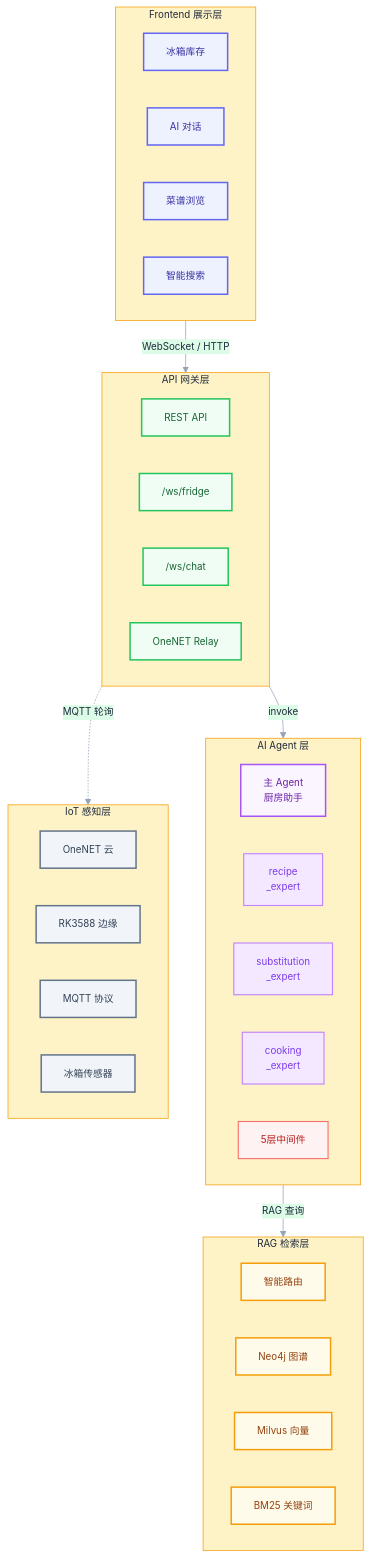
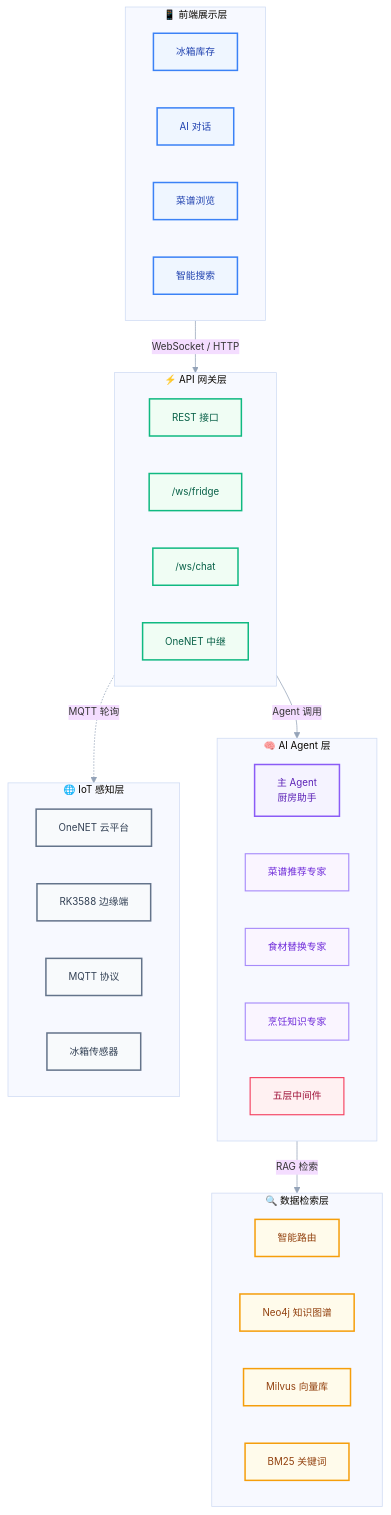
One commit to silver4444-xs/FridgeApp changed the first of 2 diagrams in README.md. Above: the diagram before and after it, drawn with Mermaid. The commit also changed other lines of this file, not shown here.

Commit message:
docs: refine Mermaid colors and use Chinese labels throughout

````diff
--- a/README.md
+++ b/README.md
@@ -84,62 +84,59 @@
 ```mermaid
 %%{init: {'theme': 'base', 'themeVariables': {
-  'primaryColor': '#e0e7ff', 'primaryTextColor': '#1e293b', 'primaryBorderColor': '#6366f1',
-  'secondaryColor': '#dcfce7', 'secondaryTextColor': '#1e293b', 'secondaryBorderColor': '#22c55e',
-  'tertiaryColor': '#fef3c7', 'tertiaryTextColor': '#1e293b', 'tertiaryBorderColor': '#f59e0b',
   'lineColor': '#94a3b8', 'fontFamily': 'system-ui, sans-serif', 'fontSize': '13px'
 }}}%%
 graph TB
-    subgraph FG["Frontend 展示层"]
+    subgraph FG["📱 前端展示层"]
         direction LR
         A1["冰箱库存"]:::frontend
         A2["AI 对话"]:::frontend
         A3["菜谱浏览"]:::frontend
         A4["智能搜索"]:::frontend
     end
 
-    subgraph BE["API 网关层"]
+    subgraph BE["⚡ API 网关层"]
         direction LR
-        B1["REST API"]:::backend
+        B1["REST 接口"]:::backend
         B2["/ws/fridge"]:::backend
         B3["/ws/chat"]:::backend
-        B4["OneNET Relay"]:::backend
+        B4["OneNET 中继"]:::backend
     end
 
-    subgraph AI["AI Agent 层"]
+    subgraph AI["🧠 AI Agent 层"]
         direction LR
         C1["主 Agent<br/>厨房助手"]:::agent
-        C2["recipe<br/>_expert"]:::subagent
-        C3["substitution<br/>_expert"]:::subagent
-        C4["cooking<br/>_expert"]:::subagent
-        C5["5层中间件"]:::middleware
+        C2["菜谱推荐专家"]:::subagent
+        C3["食材替换专家"]:::subagent
+        C4["烹饪知识专家"]:::subagent
+        C5["五层中间件"]:::middleware
     end
 
-    subgraph RAG["RAG 检索层"]
+    subgraph RAG["🔍 数据检索层"]
         direction LR
         D1["智能路由"]:::rag
-        D2["Neo4j 图谱"]:::rag
-        D3["Milvus 向量"]:::rag
+        D2["Neo4j 知识图谱"]:::rag
+        D3["Milvus 向量库"]:::rag
         D4["BM25 关键词"]:::rag
     end
 
-    subgraph IOT["IoT 感知层"]
+    subgraph IOT["🌐 IoT 感知层"]
         direction LR
-        E1["OneNET 云"]:::iot
-        E2["RK3588 边缘"]:::iot
+        E1["OneNET 云平台"]:::iot
+        E2["RK3588 边缘端"]:::iot
         E3["MQTT 协议"]:::iot
         E4["冰箱传感器"]:::iot
     end
 
     FG -->|"WebSocket / HTTP"| BE
-    BE -->|"invoke"| AI
-    AI -->|"RAG 查询"| RAG
+    BE -->|"Agent 调用"| AI
+    AI -->|"RAG 检索"| RAG
     BE -.->|"MQTT 轮询"| IOT
 
-    classDef frontend fill:#eef2ff,stroke:#6366f1,stroke-width:2px,color:#3730a3
-    classDef backend  fill:#f0fdf4,stroke:#22c55e,stroke-width:2px,color:#166534
-    classDef agent    fill:#faf5ff,stroke:#a855f7,stroke-width:2px,color:#6b21a8
-    classDef subagent fill:#f3e8ff,stroke:#c084fc,stroke-width:1.5px,color:#7c3aed
-    classDef middleware fill:#fef2f2,stroke:#f87171,stroke-width:1.5px,color:#b91c1c
+    classDef frontend fill:#eff6ff,stroke:#3b82f6,stroke-width:2px,color:#1e40af
+    classDef backend  fill:#f0fdf4,stroke:#10b981,stroke-width:2px,color:#065f46
+    classDef agent    fill:#f5f3ff,stroke:#8b5cf6,stroke-width:2px,color:#5b21b6
+    classDef subagent fill:#faf5ff,stroke:#a78bfa,stroke-width:1.5px,color:#6d28d9
+    classDef middleware fill:#fff1f2,stroke:#f43f5e,stroke-width:1.5px,color:#9f1239
     classDef rag      fill:#fffbeb,stroke:#f59e0b,stroke-width:2px,color:#92400e
-    classDef iot      fill:#f1f5f9,stroke:#64748b,stroke-width:2px,color:#334155
+    classDef iot      fill:#f8fafc,stroke:#64748b,stroke-width:2px,color:#334155
 ```
````
